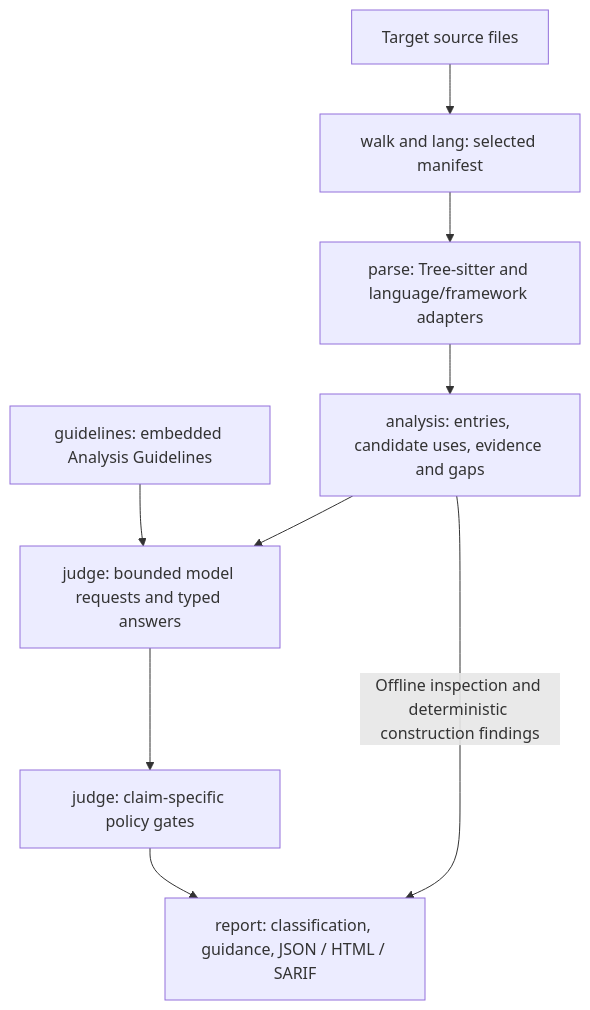
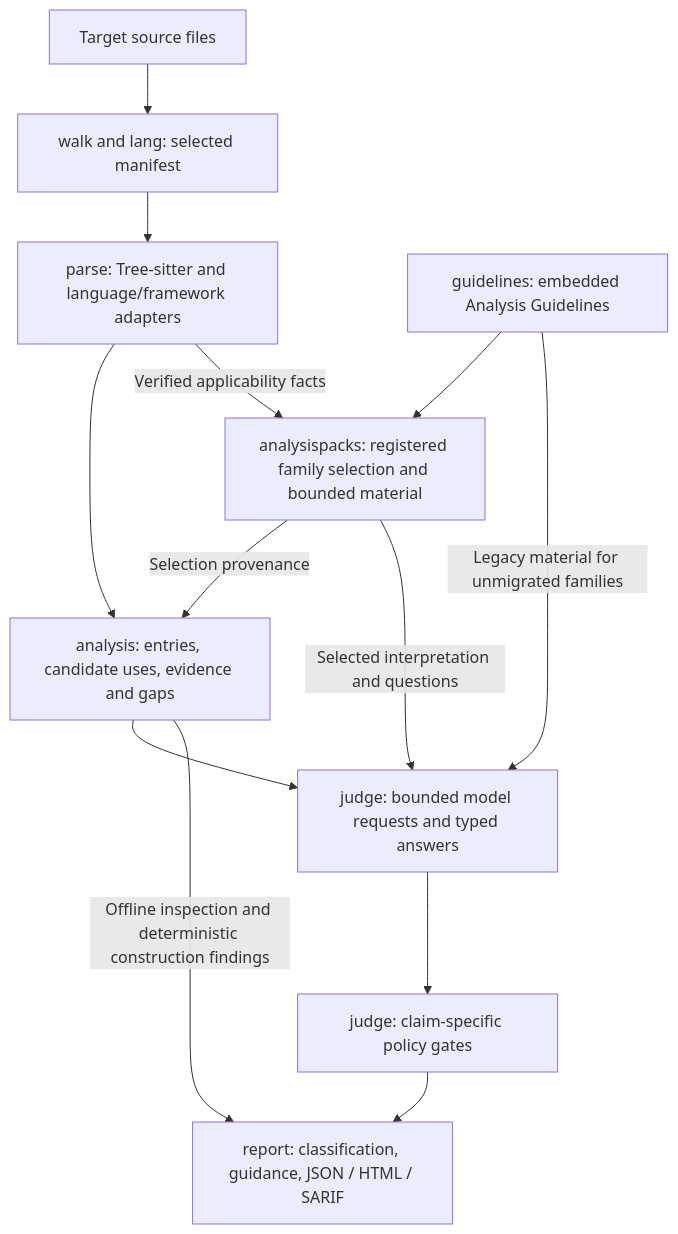
One commit to zazzcode/scan changed the diagram in .zazz/architecture.md. Above: the diagram before and after it, drawn with Mermaid. The commit also changed other lines of this file and 12 other files, not shown here.

````diff
--- a/.zazz/architecture.md
+++ b/.zazz/architecture.md
@@ -95,11 +95,15 @@
 ```mermaid
 flowchart TD
     Repo["Target source files"] --> Walk["walk and lang: selected manifest"]
     Walk --> Parse["parse: Tree-sitter and language/framework adapters"]
     Parse --> Evidence["analysis: entries, candidate uses, evidence and gaps"]
-    Guidelines["guidelines: embedded Analysis Guidelines"] --> Judge
+    Guidelines["guidelines: embedded Analysis Guidelines"] --> Catalog["analysispacks: registered family selection and bounded material"]
+    Parse -->|"Verified applicability facts"| Catalog
+    Catalog -->|"Selection provenance"| Evidence
+    Catalog -->|"Selected interpretation and questions"| Judge
+    Guidelines -->|"Legacy material for unmigrated families"| Judge
     Evidence --> Judge["judge: bounded model requests and typed answers"]
     Judge --> Policy["judge: claim-specific policy gates"]
     Policy --> Report["report: classification, guidance, JSON / HTML / SARIF"]
     Evidence -->|"Offline inspection and deterministic construction findings"| Report
 ```
````
